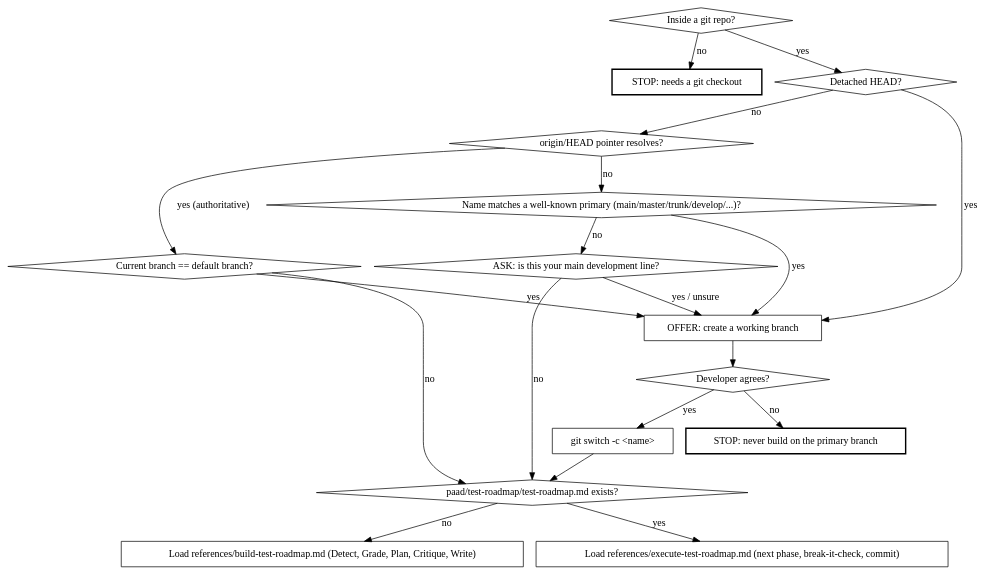
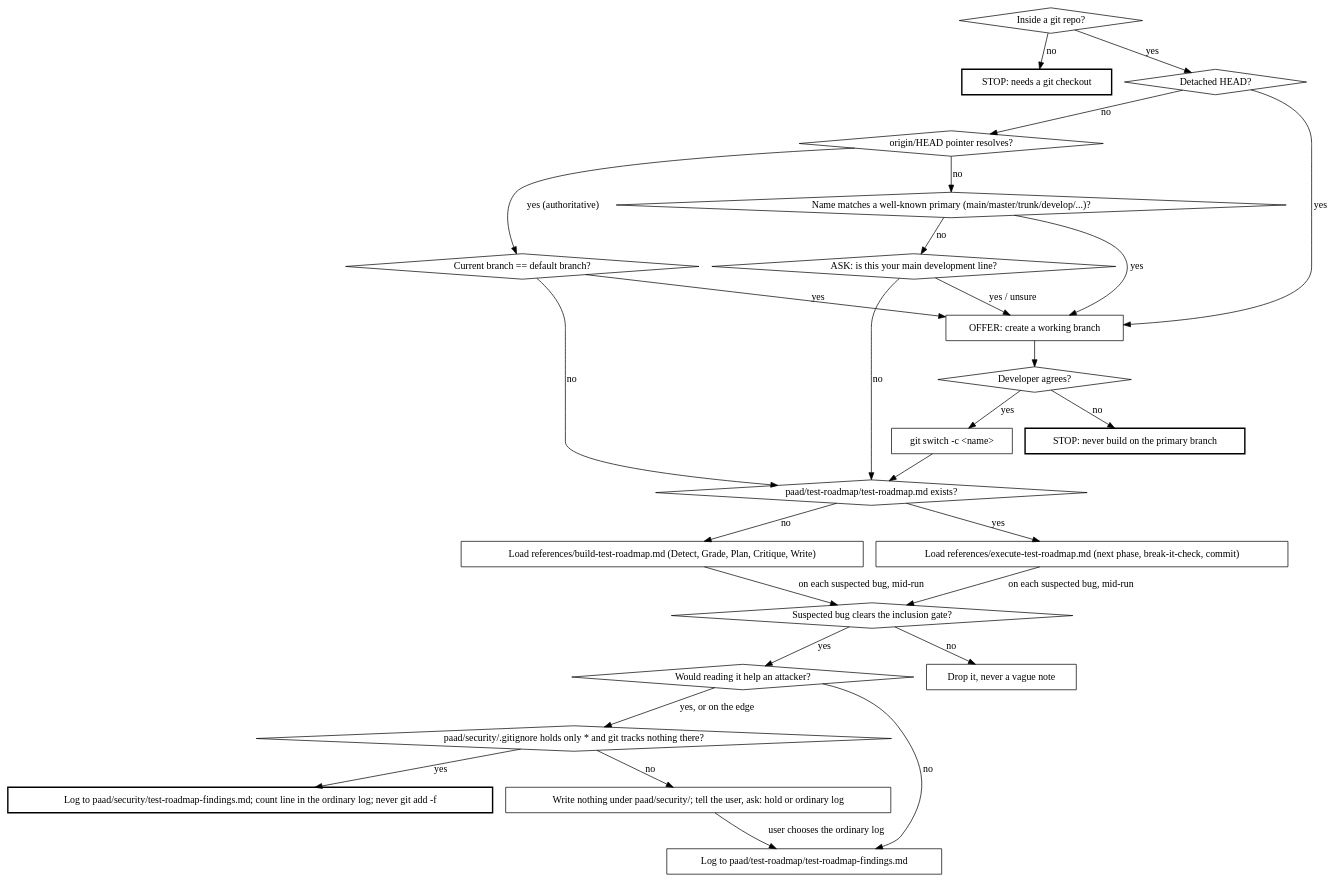
The diagram in plugins/paad/skills/test-roadmap/SKILL.md (Ovid/paad), drawn with Graphviz before and after one commit. The commit also changed other lines of this file and 71 other files, not shown here.

````diff
--- a/plugins/paad/skills/test-roadmap/SKILL.md
+++ b/plugins/paad/skills/test-roadmap/SKILL.md
@@ -32,37 +32,53 @@
 ```dot
 digraph route {
   "Inside a git repo?" [shape=diamond];
   "STOP: needs a git checkout" [shape=box, style=bold];
   "Detached HEAD?" [shape=diamond];
   "origin/HEAD pointer resolves?" [shape=diamond];
   "Current branch == default branch?" [shape=diamond];
   "Name matches a well-known primary (main/master/trunk/develop/...)?" [shape=diamond];
   "ASK: is this your main development line?" [shape=diamond];
   "OFFER: create a working branch" [shape=box];
   "Developer agrees?" [shape=diamond];
   "STOP: never build on the primary branch" [shape=box, style=bold];
   "git switch -c <name>" [shape=box];
   "paad/test-roadmap/test-roadmap.md exists?" [shape=diamond];
   "Load references/build-test-roadmap.md (Detect, Grade, Plan, Critique, Write)" [shape=box];
   "Load references/execute-test-roadmap.md (next phase, break-it-check, commit)" [shape=box];
+  "Suspected bug clears the inclusion gate?" [shape=diamond];
+  "Would reading it help an attacker?" [shape=diamond];
+  "Log to paad/security/test-roadmap-findings.md; count line in the ordinary log; never git add -f" [shape=box, style=bold];
+  "paad/security/.gitignore holds only * and git tracks nothing there?" [shape=diamond];
+  "Write nothing under paad/security/; tell the user, ask: hold or ordinary log" [shape=box];
+  "Log to paad/test-roadmap/test-roadmap-findings.md" [shape=box];
+  "Drop it, never a vague note" [shape=box];
 
   "Inside a git repo?" -> "STOP: needs a git checkout" [label="no"];
   "Inside a git repo?" -> "Detached HEAD?" [label="yes"];
   "Detached HEAD?" -> "OFFER: create a working branch" [label="yes"];
   "Detached HEAD?" -> "origin/HEAD pointer resolves?" [label="no"];
   "origin/HEAD pointer resolves?" -> "Current branch == default branch?" [label="yes (authoritative)"];
   "origin/HEAD pointer resolves?" -> "Name matches a well-known primary (main/master/trunk/develop/...)?" [label="no"];
   "Current branch == default branch?" -> "OFFER: create a working branch" [label="yes"];
   "Current branch == default branch?" -> "paad/test-roadmap/test-roadmap.md exists?" [label="no"];
   "Name matches a well-known primary (main/master/trunk/develop/...)?" -> "OFFER: create a working branch" [label="yes"];
   "Name matches a well-known primary (main/master/trunk/develop/...)?" -> "ASK: is this your main development line?" [label="no"];
   "ASK: is this your main development line?" -> "OFFER: create a working branch" [label="yes / unsure"];
   "ASK: is this your main development line?" -> "paad/test-roadmap/test-roadmap.md exists?" [label="no"];
   "OFFER: create a working branch" -> "Developer agrees?";
   "Developer agrees?" -> "STOP: never build on the primary branch" [label="no"];
   "Developer agrees?" -> "git switch -c <name>" [label="yes"];
   "git switch -c <name>" -> "paad/test-roadmap/test-roadmap.md exists?";
   "paad/test-roadmap/test-roadmap.md exists?" -> "Load references/execute-test-roadmap.md (next phase, break-it-check, commit)" [label="yes"];
   "paad/test-roadmap/test-roadmap.md exists?" -> "Load references/build-test-roadmap.md (Detect, Grade, Plan, Critique, Write)" [label="no"];
+  "Load references/execute-test-roadmap.md (next phase, break-it-check, commit)" -> "Suspected bug clears the inclusion gate?" [label="on each suspected bug, mid-run"];
+  "Load references/build-test-roadmap.md (Detect, Grade, Plan, Critique, Write)" -> "Suspected bug clears the inclusion gate?" [label="on each suspected bug, mid-run"];
+  "Suspected bug clears the inclusion gate?" -> "Drop it, never a vague note" [label="no"];
+  "Suspected bug clears the inclusion gate?" -> "Would reading it help an attacker?" [label="yes"];
+  "Would reading it help an attacker?" -> "paad/security/.gitignore holds only * and git tracks nothing there?" [label="yes, or on the edge"];
+  "paad/security/.gitignore holds only * and git tracks nothing there?" -> "Log to paad/security/test-roadmap-findings.md; count line in the ordinary log; never git add -f" [label="yes"];
+  "paad/security/.gitignore holds only * and git tracks nothing there?" -> "Write nothing under paad/security/; tell the user, ask: hold or ordinary log" [label="no"];
+  "Would reading it help an attacker?" -> "Log to paad/test-roadmap/test-roadmap-findings.md" [label="no"];
+  "Write nothing under paad/security/; tell the user, ask: hold or ordinary log" -> "Log to paad/test-roadmap/test-roadmap-findings.md" [label="user chooses the ordinary log"];
 }
 ```
````
